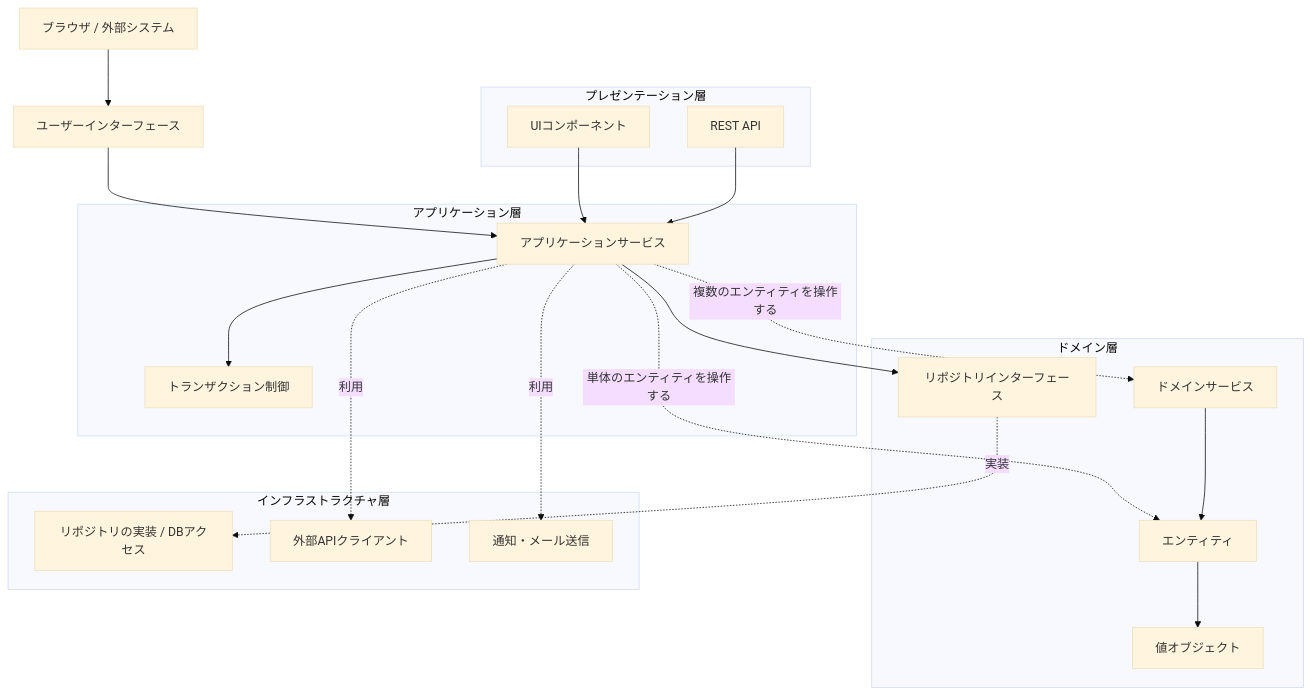
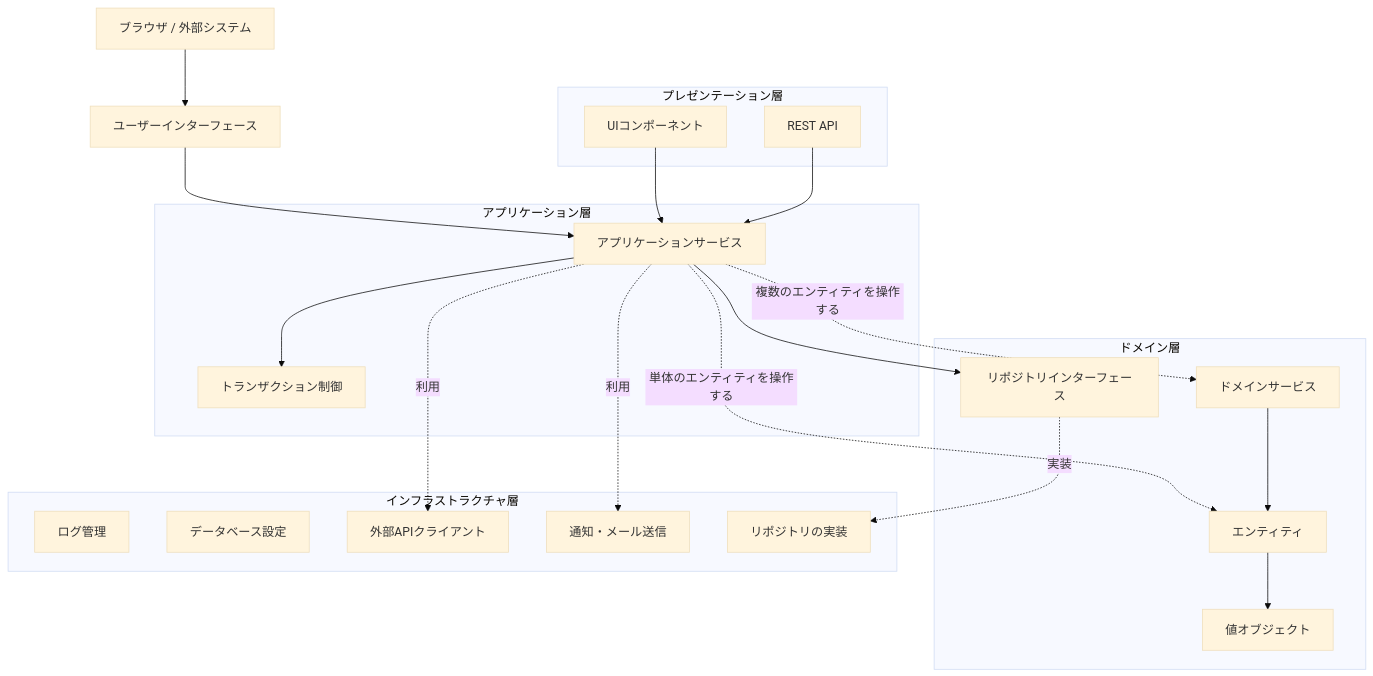
The diagram in articles/domain-driven-design-tutorial.md (aew2sbee/zenn), drawn with Mermaid (base theme) before and after one commit. The commit also changed other lines of this file, not shown here.

`````diff
--- a/articles/domain-driven-design-tutorial.md
+++ b/articles/domain-driven-design-tutorial.md
@@ -257,55 +257,57 @@
 ````mermaid
 graph TD
     %% 外部（システムの利用者）
     External[ブラウザ / 外部システム]
 
     UserInterface[ユーザーインターフェース]
 
     subgraph UI_Layer [プレゼンテーション層]
         Component[UIコンポーネント]
         RESTAPI[REST API]
     end
 
     subgraph Application_Layer [アプリケーション層]
         AS[アプリケーションサービス]
         Transaction[トランザクション制御]
     end
 
     subgraph Domain_Layer [ドメイン層]
         Entity[エンティティ]
         VO[値オブジェクト]
         DS[ドメインサービス]
         RepoInt[リポジトリインターフェース]
     end
 
     subgraph Infrastructure_Layer [インフラストラクチャ層]
-        RepoImpl[リポジトリの実装 / DBアクセス]
+        LOG[ログ管理]
+        DB[データベース設定]
         ExternalAPI[外部APIクライアント]
         MailService[通知・メール送信]
+        RepoImpl[リポジトリの実装]
     end
 
     %% --- 依存関係と流れ ---
 
     %% 外部からUI層へ
     External --> UserInterface
 
     %% UI層からアプリケーション層へ
     UserInterface --> AS
     Component --> AS
     RESTAPI --> AS
 
     %% アプリケーション層からドメイン層へ
     AS --> Transaction
     AS -.->|単体のエンティティを操作する| Entity
     AS -.->|複数のエンティティを操作する| DS
     AS --> RepoInt
 
     %% ドメイン層内の関係
     DS --> Entity
     Entity --> VO
 
     %% インフラストラクチャ層への依存
     RepoInt -.->|実装| RepoImpl
     AS -.->|利用| ExternalAPI
     AS -.->|利用| MailService
 ````
`````
